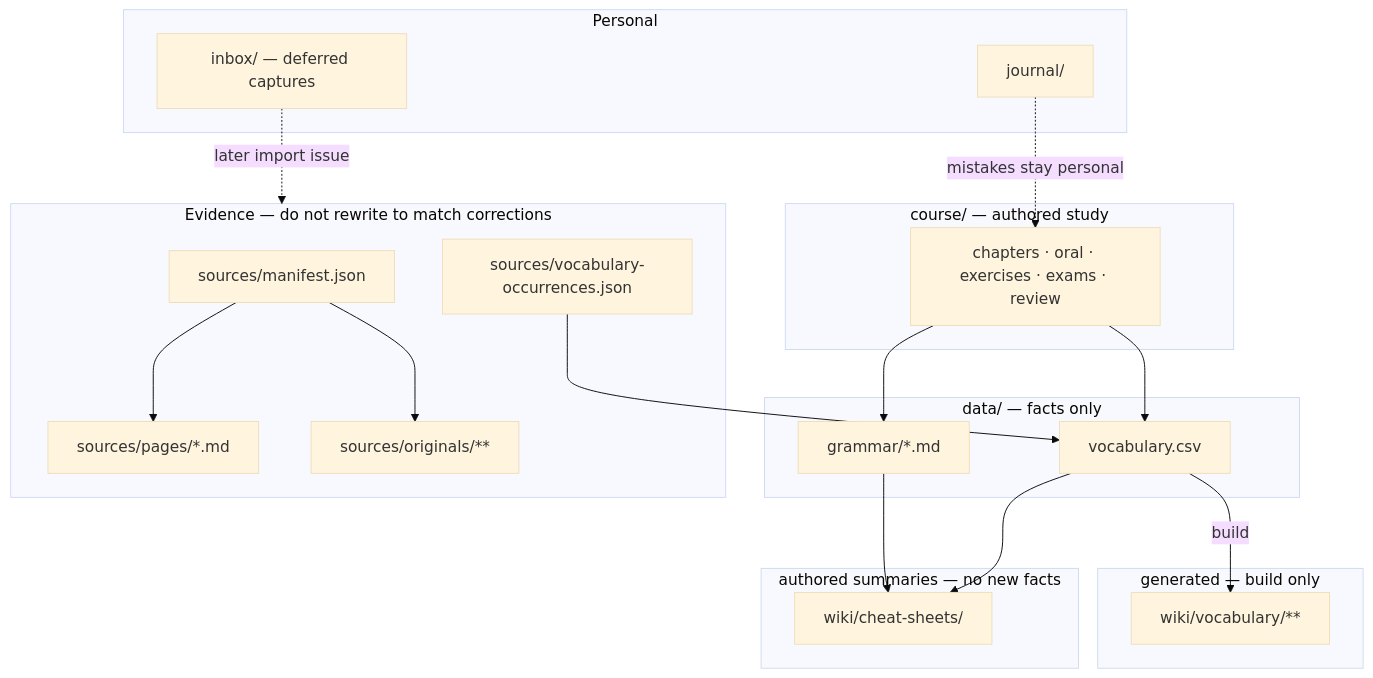
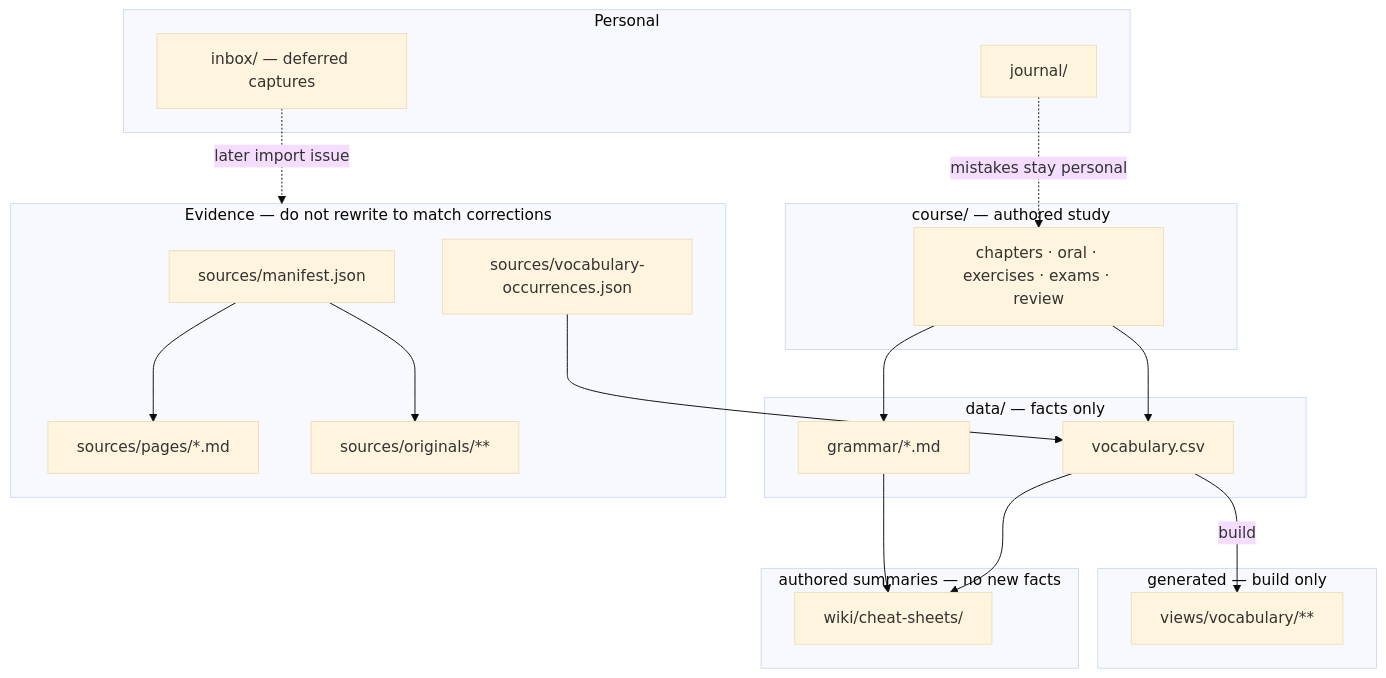
Before and after one commit to brickwalllegend2000/dutch-study: the first of 8 diagrams in docs/OVERVIEW.md, drawn with Mermaid (base theme). The commit also changed other lines of this file and 571 other files, not shown here.

First line of the commit message:
refactor(views): move generated vocabulary reading views into views/

````diff
--- a/docs/OVERVIEW.md
+++ b/docs/OVERVIEW.md
@@ -36,36 +36,36 @@
 ```mermaid
 flowchart TB
   subgraph data_layer["data/ — facts only"]
     CSV["vocabulary.csv"]
     GRAM["grammar/*.md"]
   end
   subgraph course_layer["course/ — authored study"]
     COURSE["chapters · oral · exercises · exams · review"]
   end
   subgraph views_layer["generated — build only"]
-    WV["wiki/vocabulary/**"]
+    WV["views/vocabulary/**"]
   end
   subgraph summaries["authored summaries — no new facts"]
     CS["wiki/cheat-sheets/"]
   end
   subgraph evidence["Evidence — do not rewrite to match corrections"]
     MAN["sources/manifest.json"]
     OCC["sources/vocabulary-occurrences.json"]
     SNAP["sources/pages/*.md"]
     BIN["sources/originals/**"]
   end
   subgraph personal["Personal"]
     J["journal/"]
     I["inbox/ — deferred captures"]
   end
   CSV -->|build| WV
   OCC --> CSV
   MAN --> SNAP
   MAN --> BIN
   COURSE --> GRAM
   COURSE --> CSV
   GRAM --> CS
   CSV --> CS
   J -.->|mistakes stay personal| COURSE
   I -.->|later import issue| evidence
 ```
````
